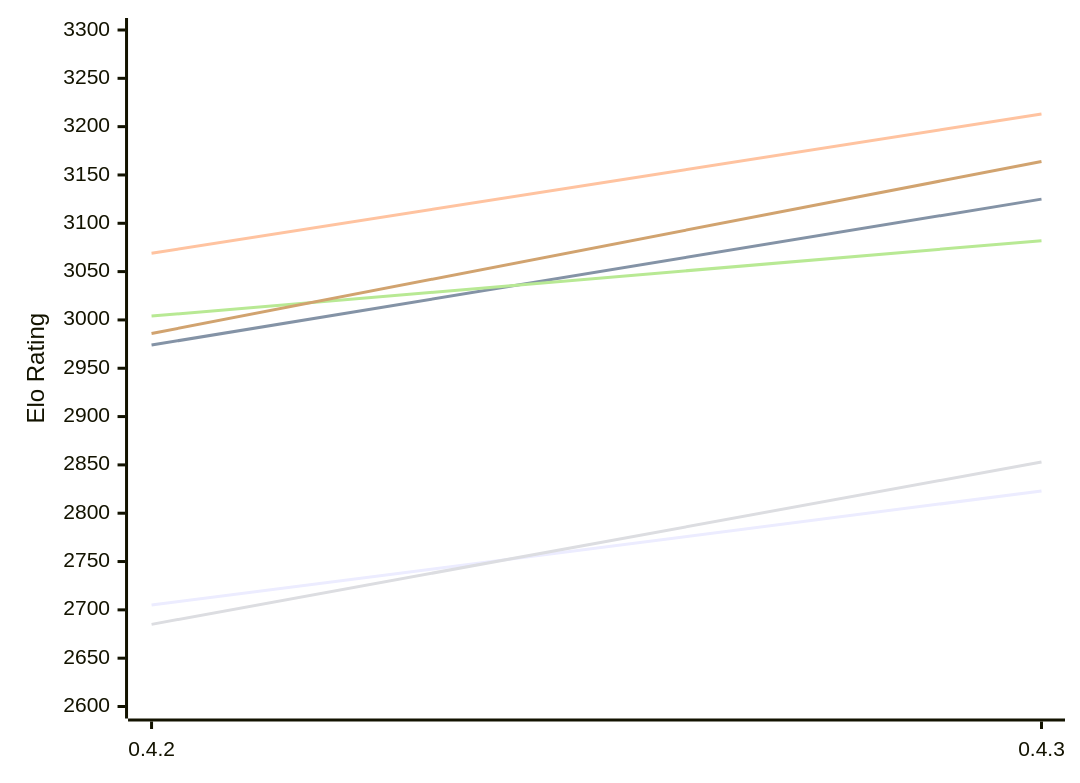
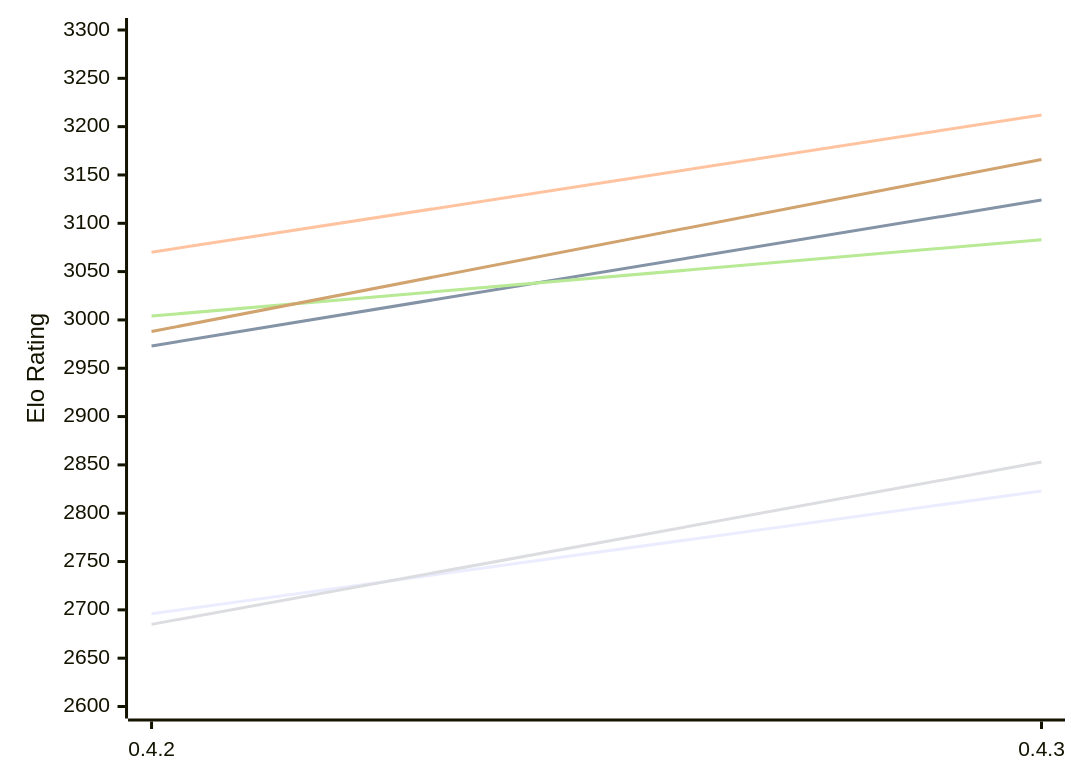
One commit to computer-chess-index/cci changed the first of 2 diagrams in engines/Dual.md. Above: the diagram before and after it, drawn with Mermaid. The commit also changed other lines of this file, not shown here.

Commit message:
Update CCI Ratings (ELO VLTC) - 2026-11-28

````diff
--- a/engines/Dual.md
+++ b/engines/Dual.md
@@ -56,12 +56,12 @@
 ```mermaid
 %%{init: {"theme":"base","themeVariables":{"seriesColors:['#a3a3a3','#222221','#faa371']}}}%%
 xychart-beta
   x-axis ["0.4.2", "0.4.3"]
   y-axis "Elo Rating" 2600 --> 3300
-  line "E1: STC (8.0+0.08s)" [2705, 2823]
-  line "E1: LTC (60.0+0.60s)" [2974, 3125]
-  line "E1: VLTC (2m24s+1.12s)" [3069, 3213]
+  line "E1: STC (8.0+0.08s)" [2696, 2823]
+  line "E1: LTC (60.0+0.60s)" [2973, 3124]
+  line "E1: VLTC (2m24s+1.12s)" [3070, 3212]
   line "P1: STC (8.0+0.08s)" [2685, 2853]
-  line "P1: LTC (60.0+0.60s)" [3004, 3082]
-  line "P1: VLTC (2m24s+1.12s)" [2986, 3164]
+  line "P1: LTC (60.0+0.60s)" [3004, 3083]
+  line "P1: VLTC (2m24s+1.12s)" [2988, 3166]
 ```
````
